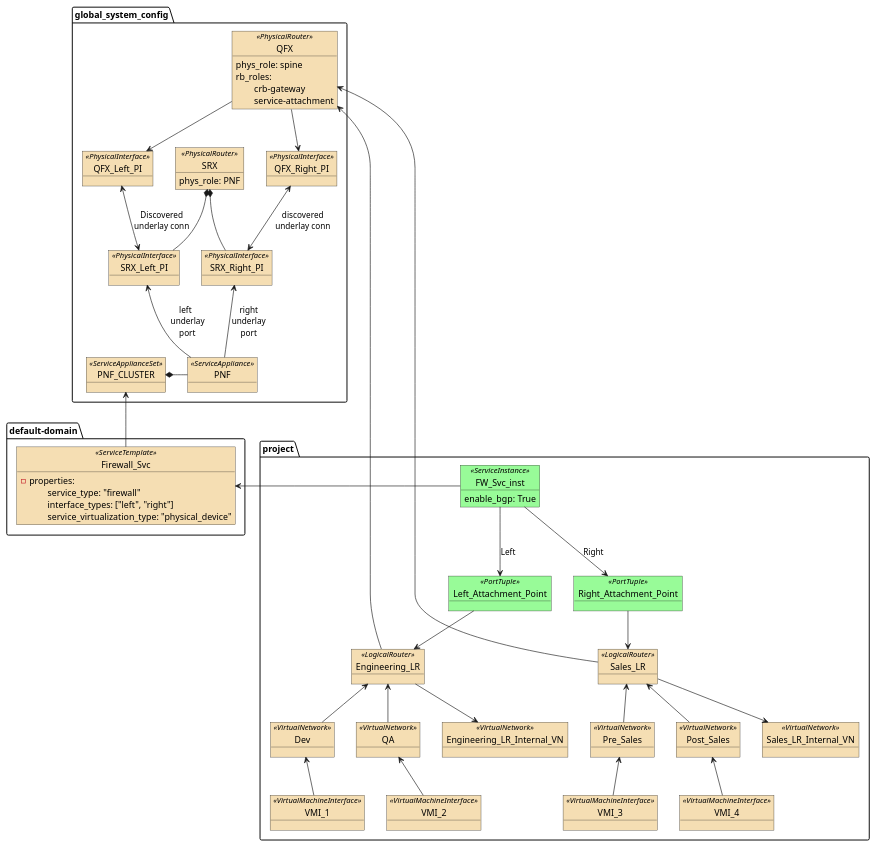
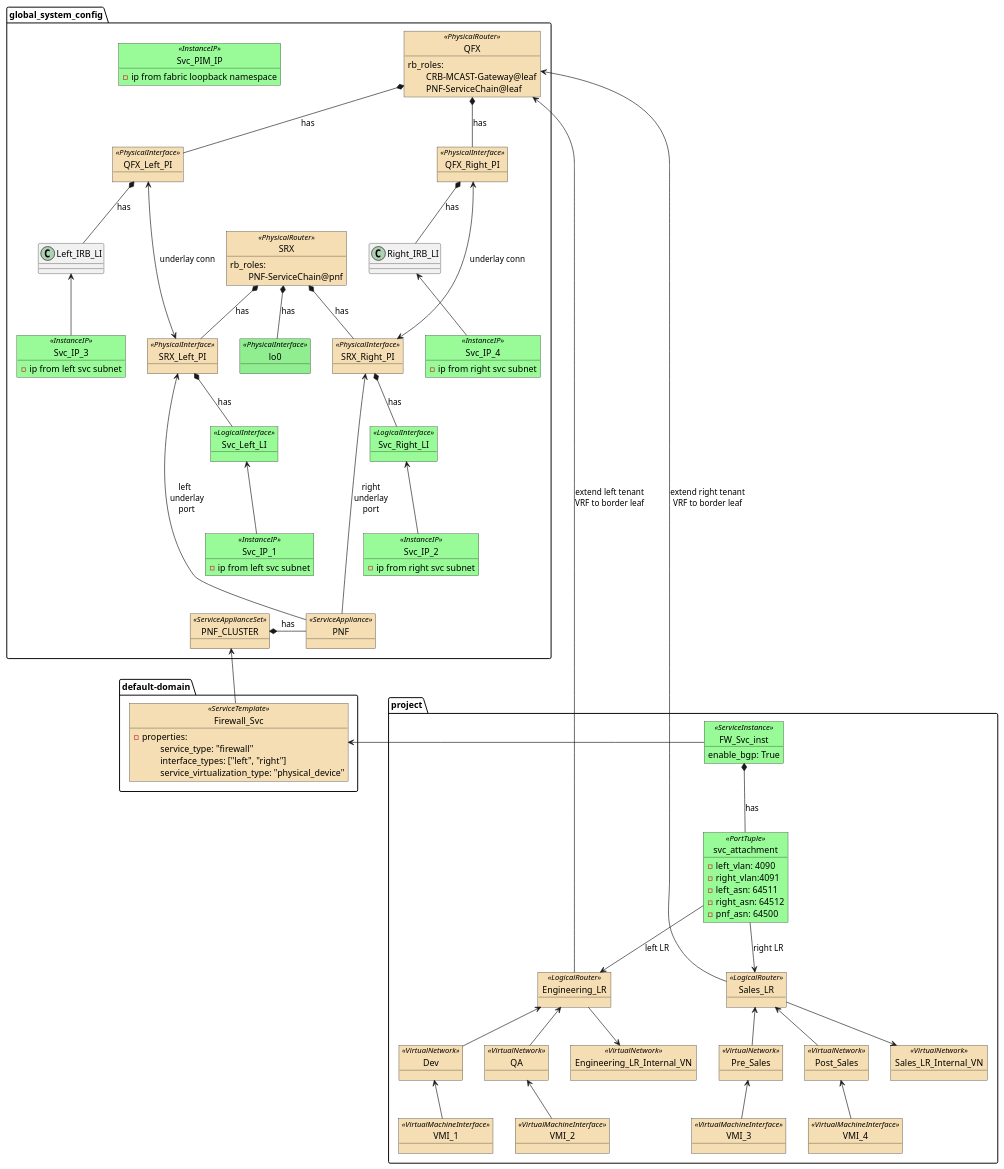
One commit to jnpr-tjiang/cfm-data-model changed the diagram in 5.1-data-model/pnf-chaining-data-model-04.puml. Above: the diagram before and after it, drawn with PlantUML. The commit also changed 13 other files, not shown here.

Commit message:
pnf service chain call flow

```diff
--- a/5.1-data-model/pnf-chaining-data-model-04.puml
+++ b/5.1-data-model/pnf-chaining-data-model-04.puml
@@ -1,144 +1,190 @@
 @startuml
 
 skinparam object {
 	BackgroundColor PaleGreen
 	BackgroundColor<<PhysicalRouter>> Wheat
 	BackgroundColor<<PhysicalInterface>> Wheat
 	BackgroundColor<<LogicalRouter>> Wheat
 	BackgroundColor<<VirtualNetwork>> Wheat
 	BackgroundColor<<VirtualMachineInterface>> Wheat
 	BackgroundColor<<ServiceApplianceSet>> Wheat
 	BackgroundColor<<ServiceAppliance>> Wheat
 	BackgroundColor<<ServiceTemplate>> Wheat
 }
 
 package default-domain {
     object Firewall_Svc<<ServiceTemplate>> {
         - properties:
             \tservice_type: "firewall"
             \tinterface_types: ["left", "right"]
             \tservice_virtualization_type: "physical_device"
     }
 }
 
 package global_system_config {
     
     object SRX<<PhysicalRouter>> {
-        phys_role: PNF
+        rb_roles:
+        \tPNF-ServiceChain@pnf
     }
 
     object SRX_Left_PI<<PhysicalInterface>> {
     }
 
     object SRX_Right_PI<<PhysicalInterface>> {
     }
 
     object PNF_CLUSTER<<ServiceApplianceSet>> {
     }
 
     object PNF<<ServiceAppliance>> {
     }
 
     object QFX<<PhysicalRouter>> {
-        phys_role: spine
         rb_roles:
-            \tcrb-gateway
-            \tservice-attachment
+            \tCRB-MCAST-Gateway@leaf
+            \tPNF-ServiceChain@leaf
     }
 
     object QFX_Left_PI<<PhysicalInterface>> {
     }
 
     object QFX_Right_PI<<PhysicalInterface>> {
     }
 
-    SRX *-- SRX_Left_PI
-    SRX *-- SRX_Right_PI
+    object Svc_Left_LI<<LogicalInterface>> {
+    }
 
-    QFX --> QFX_Left_PI
-    QFX --> QFX_Right_PI
+    object Svc_Right_LI<<LogicalInterface>> {
+    }
 
-    QFX_Left_PI <--> SRX_Left_PI: Discovered\nunderlay conn
-    QFX_Right_PI <--> SRX_Right_PI: discovered\nunderlay conn
+    object lo0<<PhysicalInterface>> #lightgreen {
+    }
 
+    object lo0.4091<<LogicalInterface>> {
+    }
 
-    PNF_CLUSTER *- PNF
-    SRX_Left_PI <-- PNF: "left\t\t\nunderlay\t\t\nport\t\t"
-    SRX_Right_PI <-- PNF: right\nunderlay\nport
+    object Svc_PIM_IP<<InstanceIP>> {
+        - ip from fabric loopback namespace
+    }
+
+    object Svc_IP_1<<InstanceIP>> {
+        - ip from left svc subnet
+    }
+
+    object Svc_IP_2<<InstanceIP>> {
+        - ip from right svc subnet
+    }
+
+    object Svc_IP_3<<InstanceIP>> {
+        - ip from left svc subnet
+    }
+
+    object Svc_IP_4<<InstanceIP>> {
+        - ip from right svc subnet
+    }
+
+    SRX *-- SRX_Left_PI: has
+    SRX *-- SRX_Right_PI: has
+    SRX *-- lo0: has
+    lo0 *-- lo0.4091
+    lo0.4091 <-- Svc_PIM_IP
+
+    QFX *-- QFX_Left_PI: has
+    QFX *-- QFX_Right_PI: has
+
+    QFX_Left_PI *-- Left_IRB_LI: has
+    QFX_Right_PI *-- Right_IRB_LI: has
+
+    Left_IRB_LI <-- Svc_IP_3
+    Right_IRB_LI <-- Svc_IP_4
+
+    QFX_Left_PI <---> SRX_Left_PI: underlay conn
+    QFX_Right_PI <---> SRX_Right_PI: underlay conn
+
+    SRX_Left_PI *-- Svc_Left_LI: has
+    SRX_Right_PI *-- Svc_Right_LI: has
+
+    Svc_Left_LI <-- Svc_IP_1
+    Svc_Right_LI <-- Svc_IP_2
+
+    PNF_CLUSTER *- PNF: has
+    SRX_Left_PI <---- PNF: "left\t\t\nunderlay\t\t\nport\t\t"
+    SRX_Right_PI <---- PNF: right\nunderlay\nport
 }
 
 package project {
     object FW_Svc_inst<<ServiceInstance>> {
         enable_bgp: True
     }
     
     object Engineering_LR<<LogicalRouter>> {
     }
     
     object Sales_LR<<LogicalRouter>> {
     }
     
     object Dev<<VirtualNetwork>> {
     }
     
     object QA<<VirtualNetwork>> {
     }
     
     object Pre_Sales<<VirtualNetwork>> {
     }
     
     object Post_Sales<<VirtualNetwork>> {
     }
     
     object Engineering_LR_Internal_VN<<VirtualNetwork>> {
     }
     
     object Sales_LR_Internal_VN<<VirtualNetwork>> {
     }
     
-    object Left_Attachment_Point<<PortTuple>> {
-    }
-    
-    object Right_Attachment_Point<<PortTuple>> {
+    object svc_attachment<<PortTuple>> {
+        - left_vlan: 4090
+        - right_vlan:4091
+        - left_asn: 64511
+        - right_asn: 64512
+        - pnf_asn: 64500
     }
     
     object VMI_1<<VirtualMachineInterface>> {
     }
     
     object VMI_2<<VirtualMachineInterface>> {
     }
     
     object VMI_3<<VirtualMachineInterface>> {
     }
     
     object VMI_4<<VirtualMachineInterface>> {
     }
     
     Dev <-- VMI_1
     QA <-- VMI_2
     Pre_Sales <-- VMI_3
     Post_Sales <-- VMI_4
     
     Engineering_LR <-- Dev
     Engineering_LR <-- QA
     Engineering_LR --> Engineering_LR_Internal_VN
 
 
     Sales_LR <-- Pre_Sales
     Sales_LR <-- Post_Sales
     Sales_LR --> Sales_LR_Internal_VN
     
-    FW_Svc_inst --> Left_Attachment_Point: Left
-    FW_Svc_inst --> Right_Attachment_Point: Right 
-    
-    Left_Attachment_Point --> Engineering_LR
-    Right_Attachment_Point --> Sales_LR
+    FW_Svc_inst *-- svc_attachment: has
+    svc_attachment --> Engineering_LR: left LR
+    svc_attachment --> Sales_LR: right LR
 }
 
 
 PNF_CLUSTER <-- Firewall_Svc
 Firewall_Svc <- FW_Svc_inst
-QFX <- Engineering_LR
-QFX <- Sales_LR
+QFX <-- Engineering_LR: extend left tenant\nVRF to border leaf
+QFX <-- Sales_LR: extend right tenant\nVRF to border leaf
 
 @enduml
```
